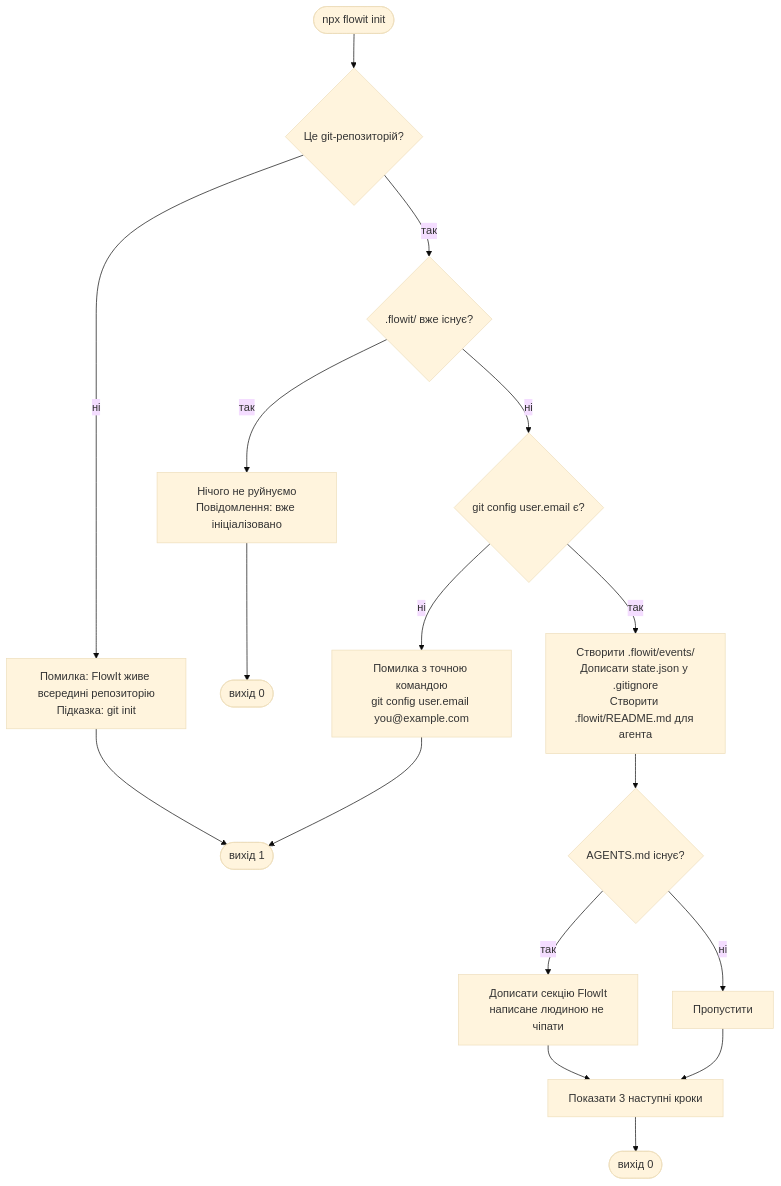
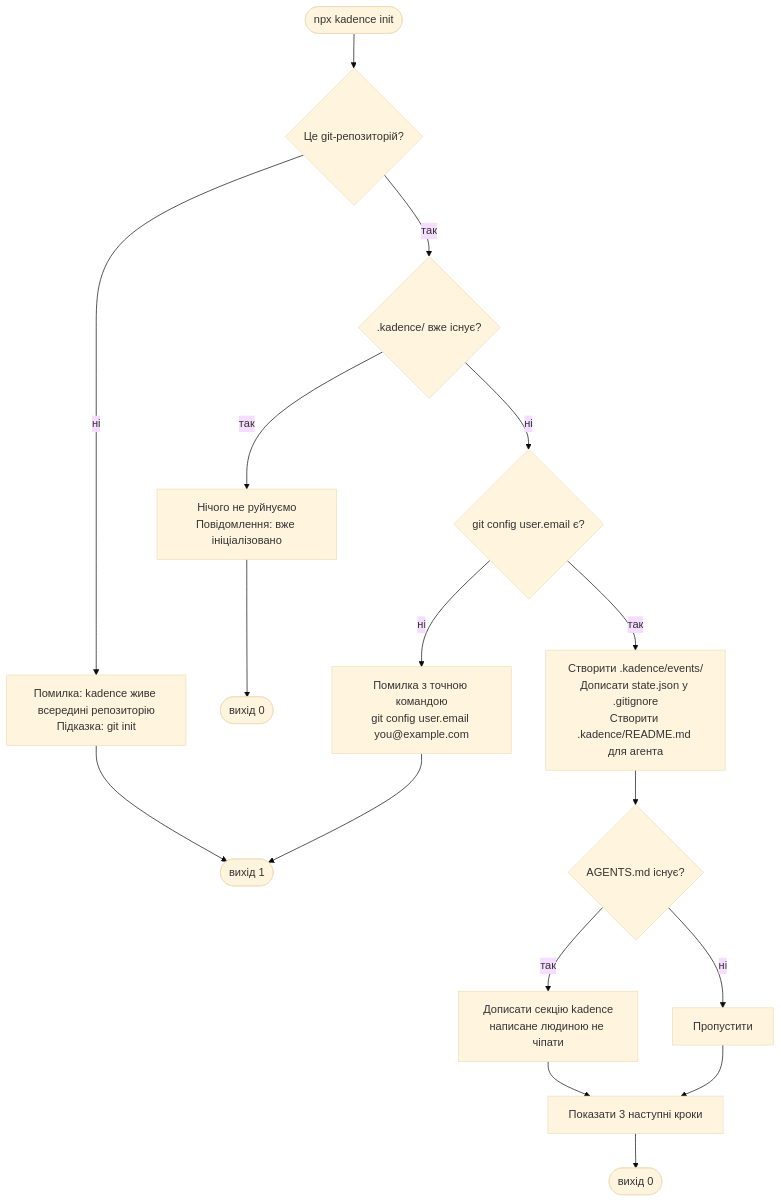
Before and after one commit to bogutskiandriy/kadence: the first of 5 diagrams in docs/design/user-flows.md, drawn with Mermaid (base theme). The commit also changed other lines of this file and 64 other files, not shown here.

````diff
--- a/docs/design/user-flows.md
+++ b/docs/design/user-flows.md
@@ -12,15 +12,15 @@
 ```mermaid
 flowchart TD
-    A([npx flowit init]) --> B{Це git-репозиторій?}
-    B -- ні --> B1[Помилка: FlowIt живе всередині репозиторію<br/>Підказка: git init] --> Z([вихід 1])
-    B -- так --> C{.flowit/ вже існує?}
+    A([npx kadence init]) --> B{Це git-репозиторій?}
+    B -- ні --> B1[Помилка: kadence живе всередині репозиторію<br/>Підказка: git init] --> Z([вихід 1])
+    B -- так --> C{.kadence/ вже існує?}
     C -- так --> C1[Нічого не руйнуємо<br/>Повідомлення: вже ініціалізовано] --> Z2([вихід 0])
     C -- ні --> D{git config user.email є?}
     D -- ні --> D1[Помилка з точною командою<br/>git config user.email you@example.com] --> Z
-    D -- так --> E[Створити .flowit/events/<br/>Дописати state.json у .gitignore<br/>Створити .flowit/README.md для агента]
+    D -- так --> E[Створити .kadence/events/<br/>Дописати state.json у .gitignore<br/>Створити .kadence/README.md для агента]
     E --> F{AGENTS.md існує?}
-    F -- так --> F1[Дописати секцію FlowIt<br/>написане людиною не чіпати]
+    F -- так --> F1[Дописати секцію kadence<br/>написане людиною не чіпати]
     F -- ні --> F2[Пропустити]
     F1 --> G[Показати 3 наступні кроки]
     F2 --> G --> Z3([вихід 0])
 ```
````
